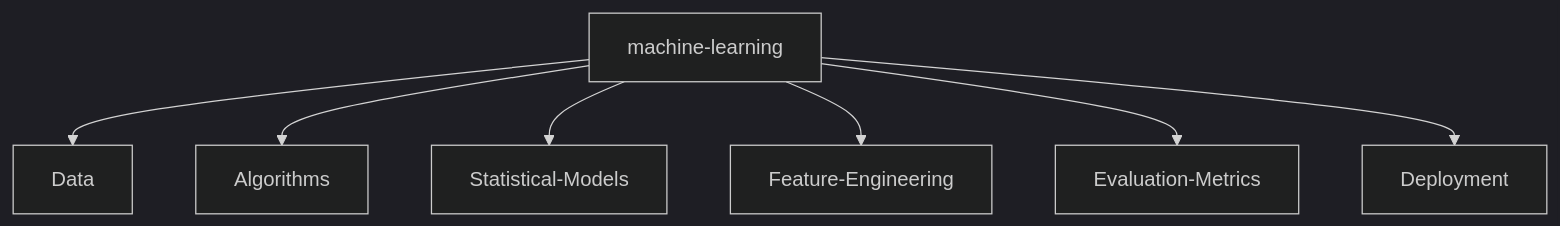
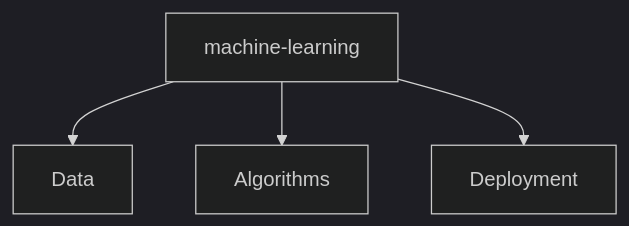
The diagram in README.md (TomZhang11/TomZhang11), drawn with Mermaid (dark theme) before and after one commit. The commit also changed other lines of this file, not shown here.

Commit message:
Update machine learning

````diff
--- a/README.md
+++ b/README.md
@@ -66,9 +66,6 @@
 ```mermaid
 graph TD;
     machine-learning-->Data;
     machine-learning-->Algorithms;
-    machine-learning-->Statistical-Models;
-    machine-learning-->Feature-Engineering;
-    machine-learning-->Evaluation-Metrics;
     machine-learning-->Deployment;
    ```
````
